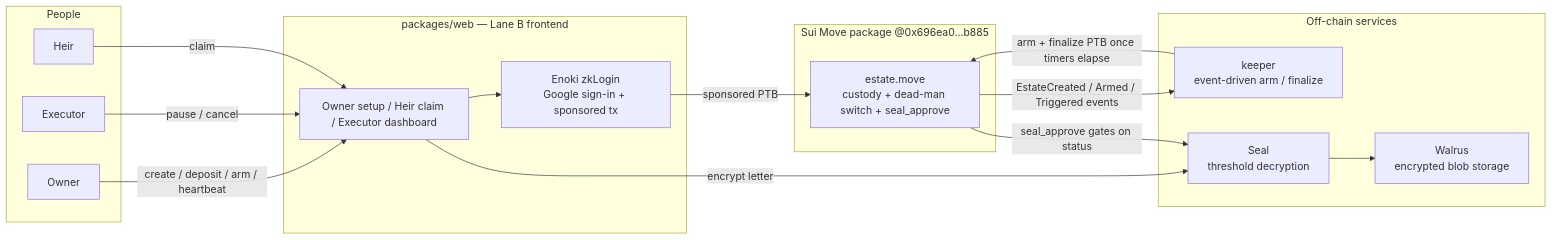
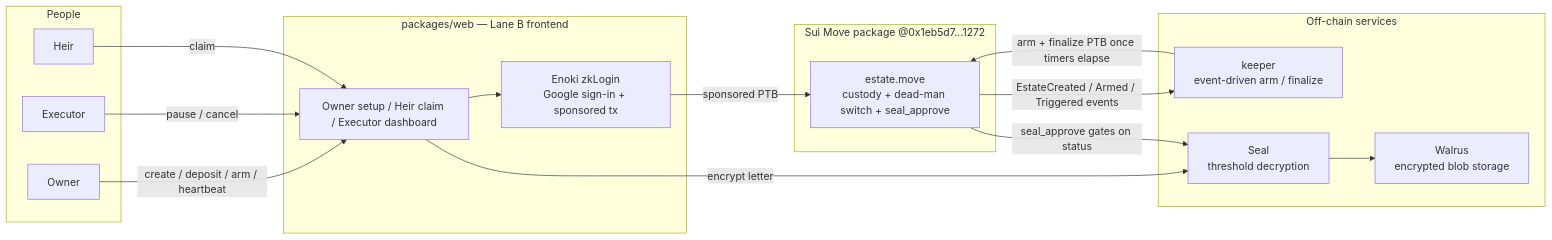
One commit to Ridwannurudeen/bequest changed the first of 2 diagrams in docs/architecture.md. Above: the diagram before and after it, drawn with Mermaid. The commit also changed other lines of this file and 8 other files, not shown here.

````diff
--- a/docs/architecture.md
+++ b/docs/architecture.md
@@ -11,32 +11,32 @@
 ```mermaid
 flowchart LR
   subgraph People
     O[Owner]
     H[Heir]
     X[Executor]
   end
 
   subgraph Web["packages/web — Lane B frontend"]
     UI[Owner setup / Heir claim / Executor dashboard]
     ENOKI[Enoki zkLogin\nGoogle sign-in + sponsored tx]
   end
 
-  subgraph Sui["Sui Move package @0x696ea0…b885"]
+  subgraph Sui["Sui Move package @0x1eb5d7…1272"]
     EST[estate.move\ncustody + dead-man switch + seal_approve]
   end
 
   subgraph Off["Off-chain services"]
     KEEP[keeper\nevent-driven arm / finalize]
     SEAL[Seal\nthreshold decryption]
     WAL[Walrus\nencrypted blob storage]
   end
 
   O -->|create / deposit / arm / heartbeat| UI
   X -->|pause / cancel| UI
   H -->|claim| UI
   UI --> ENOKI -->|sponsored PTB| EST
   EST -->|EstateCreated / Armed / Triggered events| KEEP
   KEEP -->|arm + finalize PTB once timers elapse| EST
   UI -->|encrypt letter| SEAL --> WAL
   EST -->|seal_approve gates on status| SEAL
 ```
````
